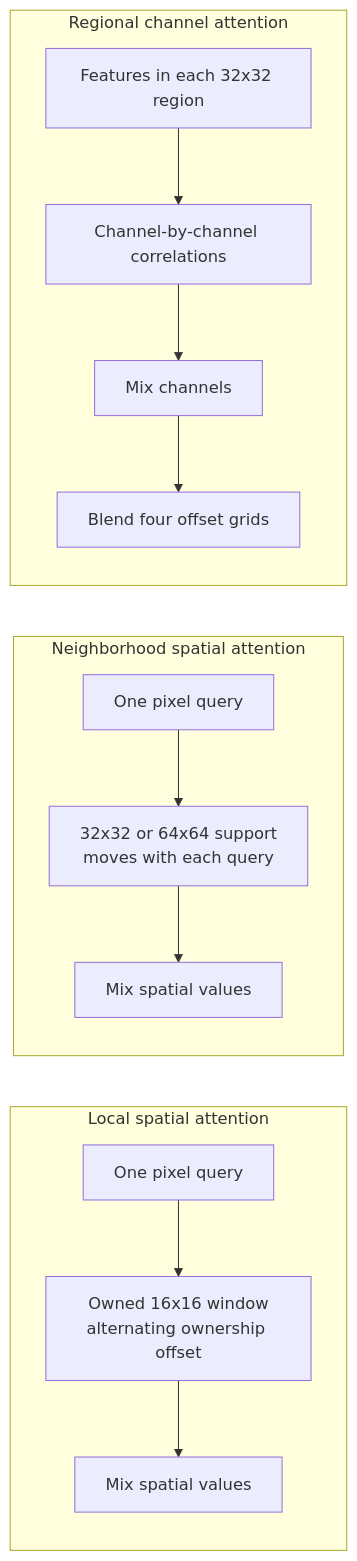
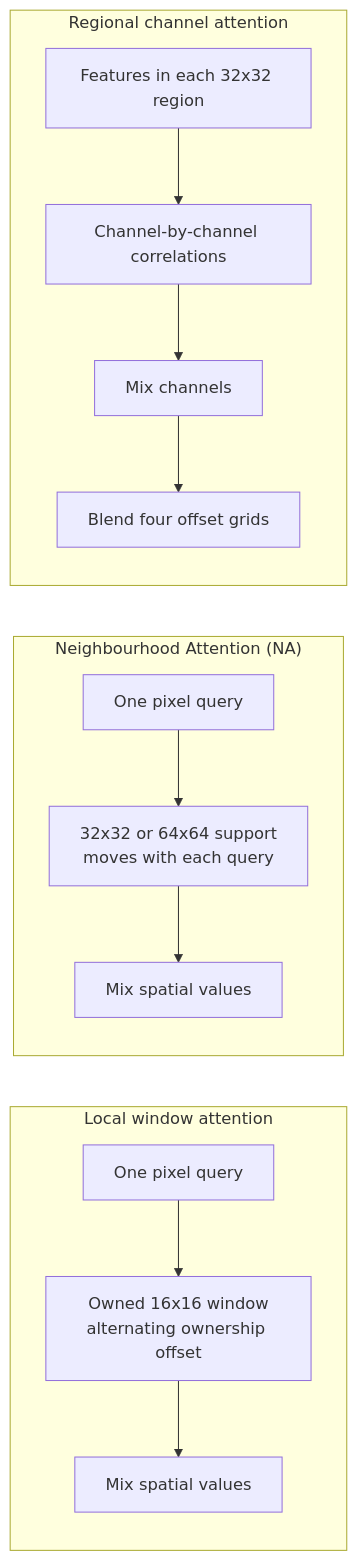
The second of 5 diagrams in README.md (Rift73/DUAL), drawn with Mermaid before and after one commit. The commit also changed other lines of this file and 1 other file, not shown here.

Commit message:
Document Neighbourhood Attention and current execution paths

````diff
--- a/README.md
+++ b/README.md
@@ -74,16 +76,16 @@
 ```mermaid
 flowchart LR
-  subgraph LOCAL["Local spatial attention"]
+  subgraph LOCAL["Local window attention"]
     LQ["One pixel query"] --> LW["Owned 16x16 window<br/>alternating ownership offset"]
     LW --> LO["Mix spatial values"]
   end
-  subgraph NEIGHBOR["Neighborhood spatial attention"]
+  subgraph NEIGHBOR["Neighbourhood Attention (NA)"]
     NQ["One pixel query"] --> NW["32x32 or 64x64 support<br/>moves with each query"]
     NW --> NO["Mix spatial values"]
   end
   subgraph CHANNEL["Regional channel attention"]
     CQ["Features in each 32x32 region"] --> CG["Channel-by-channel correlations"]
     CG --> CV["Mix channels"]
     CV --> CB["Blend four offset grids"]
   end
 ```
````
